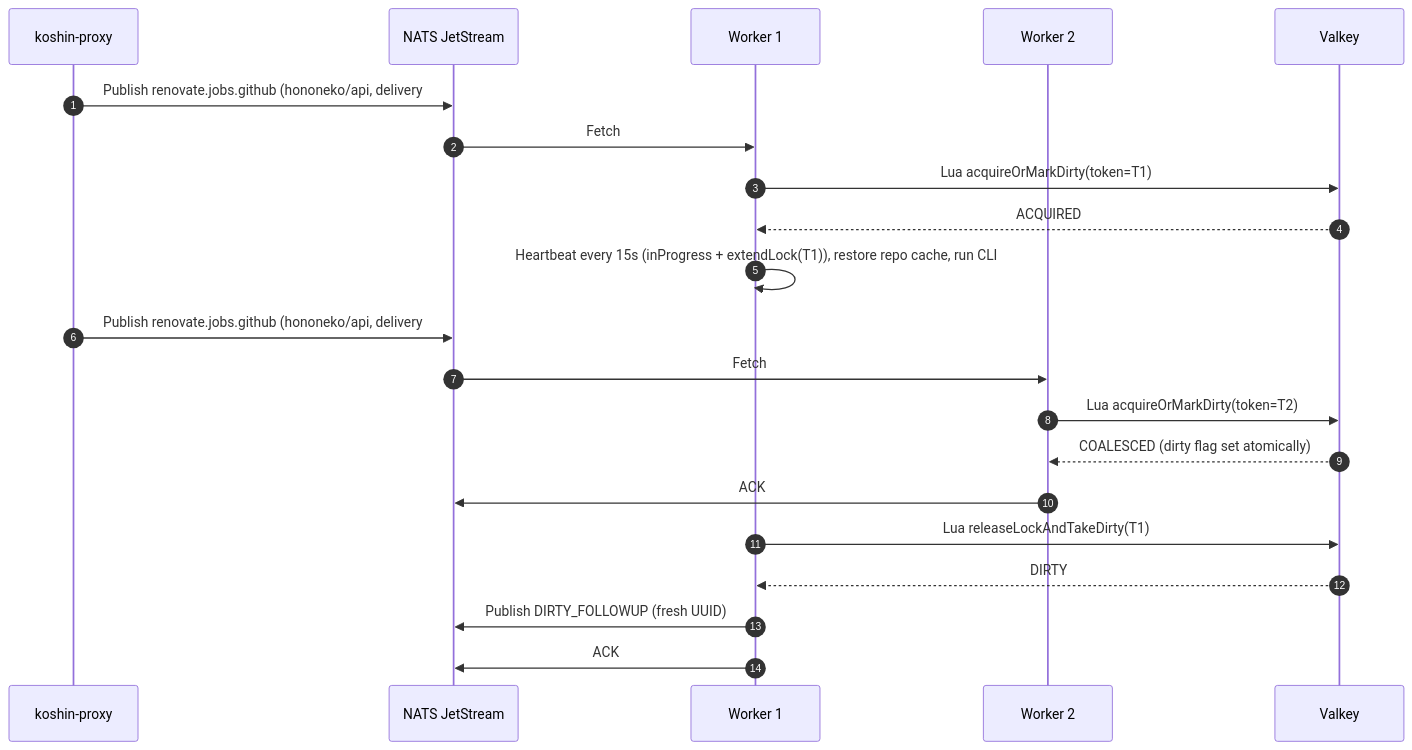
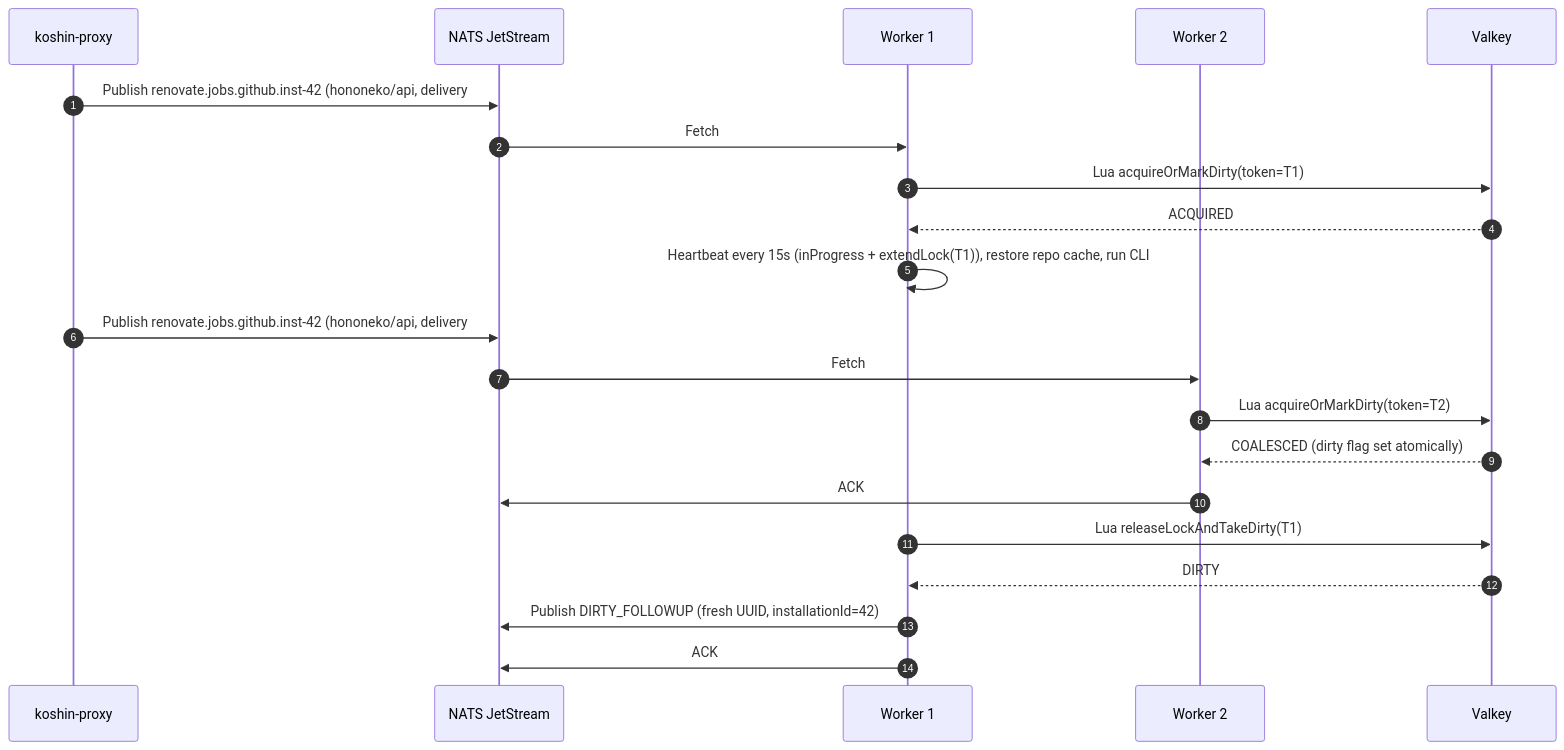
One commit to hononeko/koshin changed the second of 2 diagrams in architecture.md. Above: the diagram before and after it, drawn with Mermaid. The commit also changed other lines of this file, not shown here.

````diff
--- a/architecture.md
+++ b/architecture.md
@@ -168,26 +181,26 @@
 ```mermaid
 sequenceDiagram
     autonumber
     participant Proxy as koshin-proxy
     participant NATS as NATS JetStream
     participant W1 as Worker 1
     participant W2 as Worker 2
     participant VK as Valkey
 
-    Proxy->>NATS: Publish renovate.jobs.github (hononeko/api, delivery #1)
+    Proxy->>NATS: Publish renovate.jobs.github.inst-42 (hononeko/api, delivery #1)
     NATS->>W1: Fetch #1
     W1->>VK: Lua acquireOrMarkDirty(token=T1)
     VK-->>W1: ACQUIRED
     W1->>W1: Heartbeat every 15s (inProgress + extendLock(T1)), restore repo cache, run CLI
 
-    Proxy->>NATS: Publish renovate.jobs.github (hononeko/api, delivery #2)
+    Proxy->>NATS: Publish renovate.jobs.github.inst-42 (hononeko/api, delivery #2)
     NATS->>W2: Fetch #2
     W2->>VK: Lua acquireOrMarkDirty(token=T2)
     VK-->>W2: COALESCED (dirty flag set atomically)
     W2->>NATS: ACK #2
 
     W1->>VK: Lua releaseLockAndTakeDirty(T1)
     VK-->>W1: DIRTY
-    W1->>NATS: Publish DIRTY_FOLLOWUP (fresh UUID)
+    W1->>NATS: Publish DIRTY_FOLLOWUP (fresh UUID, installationId=42)
     W1->>NATS: ACK #1
 ```
````
